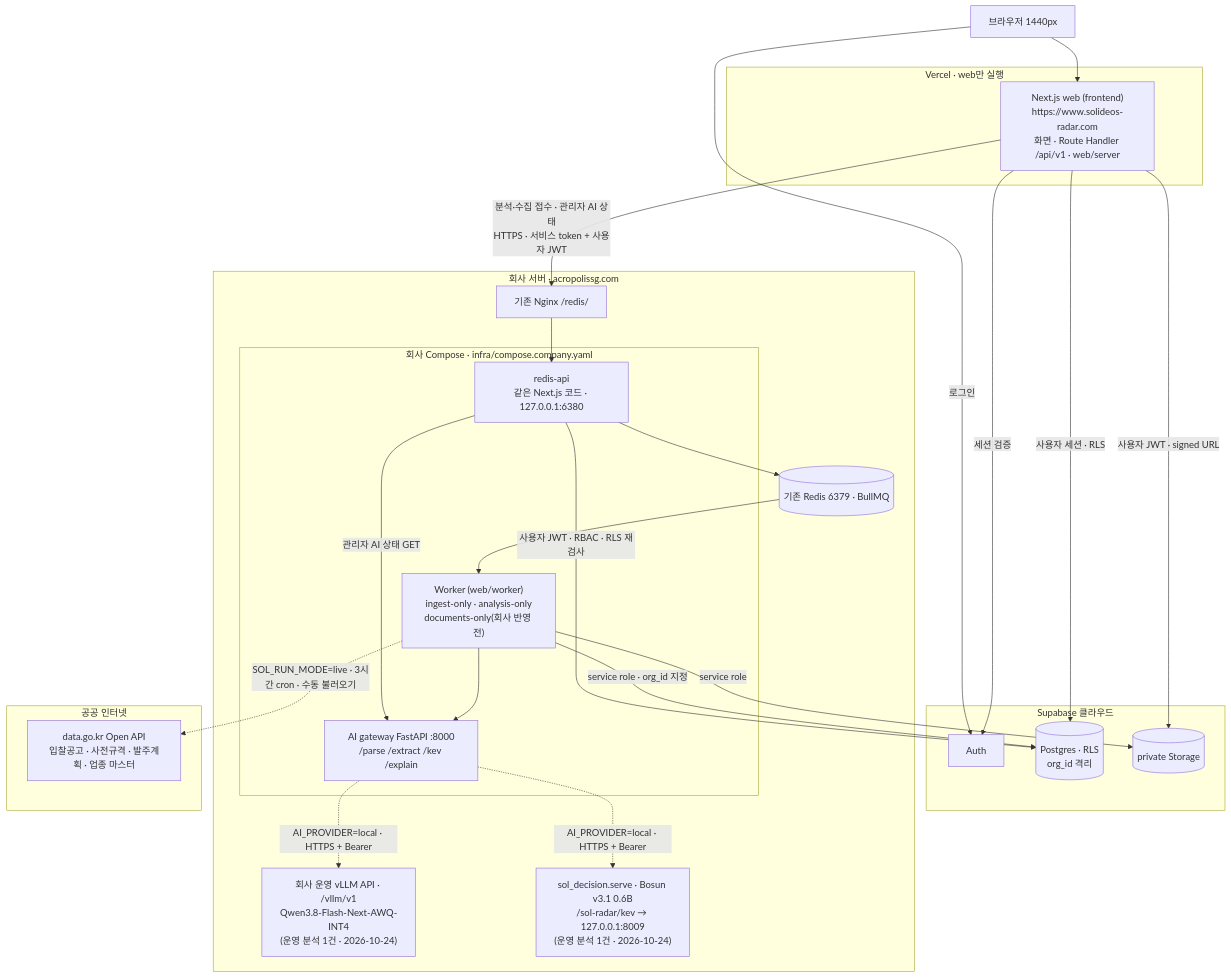
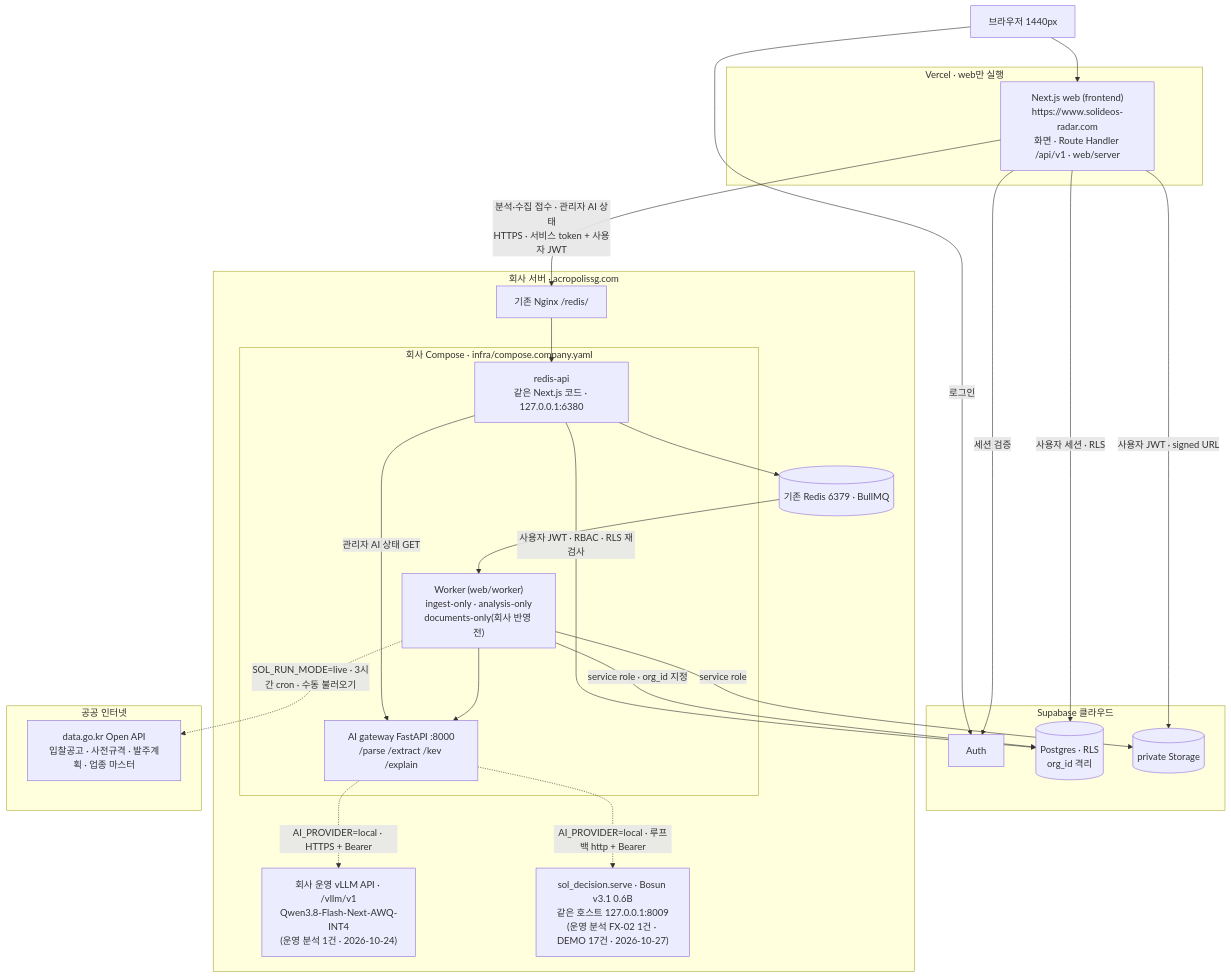
Before and after one commit to solideoai/sol-radar: the first of 3 diagrams in docs/submission/architecture.md, drawn with Mermaid. The commit also changed other lines of this file and 19 other files, not shown here.

````diff
--- a/docs/submission/architecture.md
+++ b/docs/submission/architecture.md
@@ -22,42 +22,42 @@
 ```mermaid
 flowchart TB
  B["브라우저 1440px"] --> V
  subgraph vercel[Vercel · web만 실행]
   V["Next.js web (frontend)<br/>https://www.solideos-radar.com<br/>화면 · Route Handler /api/v1 · web/server"]
  end
  subgraph supabase[Supabase 클라우드]
   SA["Auth"]
   PG[("Postgres · RLS<br/>org_id 격리")]
   ST[("private Storage")]
  end
  subgraph company["회사 서버 · acropolissg.com"]
   NG["기존 Nginx /redis/"]
   subgraph cc["회사 Compose · infra/compose.company.yaml"]
    RA["redis-api<br/>같은 Next.js 코드 · 127.0.0.1:6380"]
    WK["Worker (web/worker)<br/>ingest-only · analysis-only<br/>documents-only(회사 반영 전)"]
    AI["AI gateway FastAPI :8000<br/>/parse /extract /kev /explain"]
   end
   R[("기존 Redis 6379 · BullMQ")]
   QW["회사 운영 vLLM API · /vllm/v1<br/>Qwen3.8-Flash-Next-AWQ-INT4<br/>(운영 분석 1건 · 2026-10-24)"]
-  KV["sol_decision.serve · Bosun v3.1 0.6B<br/>/sol-radar/kev → 127.0.0.1:8009<br/>(운영 분석 1건 · 2026-10-24)"]
+  KV["sol_decision.serve · Bosun v3.1 0.6B<br/>같은 호스트 127.0.0.1:8009<br/>(운영 분석 FX-02 1건 · DEMO 17건 · 2026-10-27)"]
  end
  subgraph public[공공 인터넷]
   G2B["data.go.kr Open API<br/>입찰공고 · 사전규격 · 발주계획 · 업종 마스터"]
  end
  B -- 로그인 --> SA
  V -- 세션 검증 --> SA
  V -- 사용자 세션 · RLS --> PG
  V -- 사용자 JWT · signed URL --> ST
  V -- "분석·수집 접수 · 관리자 AI 상태<br/>HTTPS · 서비스 token + 사용자 JWT" --> NG
  NG --> RA
  RA -- 사용자 JWT · RBAC · RLS 재검사 --> PG
  RA --> R
  RA -- 관리자 AI 상태 GET --> AI
  R --> WK
  WK --> AI
  WK -- service role · org_id 지정 --> PG
  WK -- service role --> ST
  WK -. "SOL_RUN_MODE=live · 3시간 cron · 수동 불러오기" .-> G2B
  AI -. AI_PROVIDER=local · HTTPS + Bearer .-> QW
- AI -. AI_PROVIDER=local · HTTPS + Bearer .-> KV
+ AI -. AI_PROVIDER=local · 루프백 http + Bearer .-> KV
 ```
````
